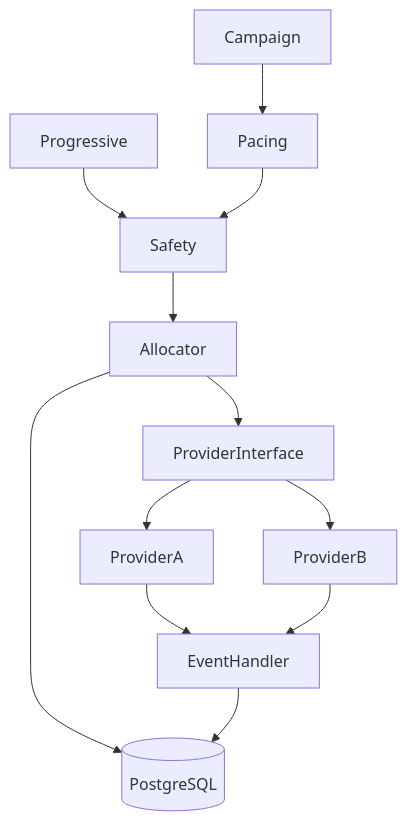
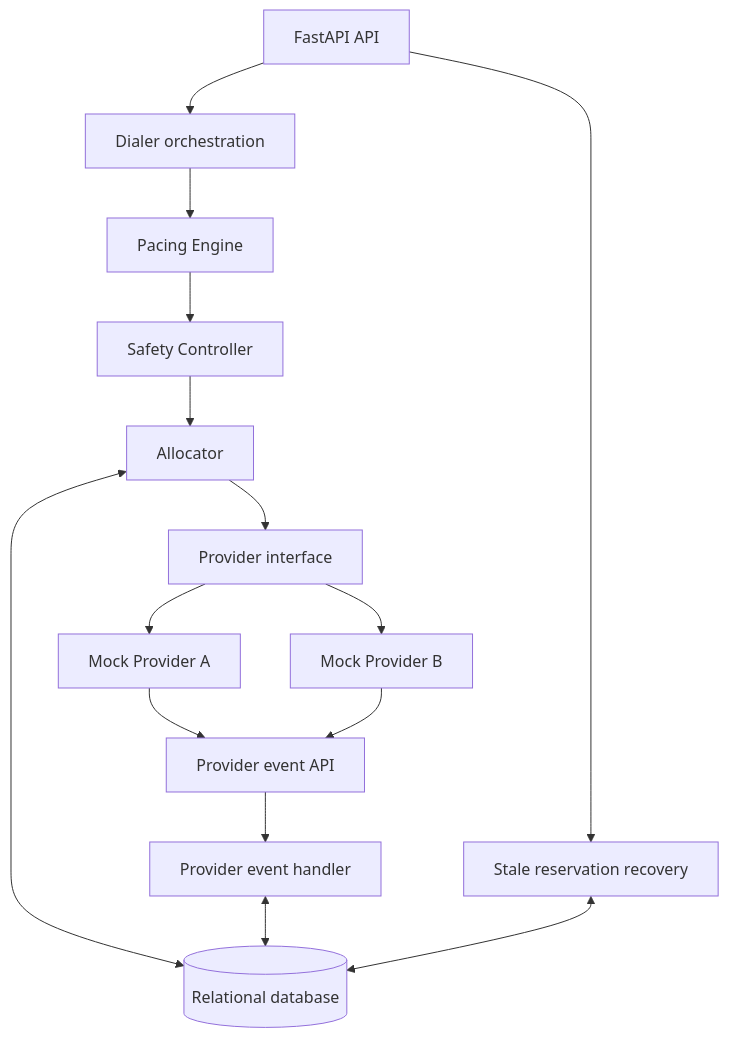
Before and after one commit to saidattaputta/credresolve-smartdialer: the diagram in docs/architecture.mmd, drawn with Mermaid.

Commit message:
Align architecture diagram with runtime flow

```diff
--- a/docs/architecture.mmd
+++ b/docs/architecture.mmd
@@ -1,12 +1,15 @@
 flowchart TD
-  Campaign --> Pacing
-  Progressive --> Safety
-  Pacing --> Safety
-  Safety --> Allocator
-  Allocator --> Database[(PostgreSQL)]
-  Allocator --> ProviderInterface
-  ProviderInterface --> ProviderA
-  ProviderInterface --> ProviderB
-  ProviderA --> EventHandler
-  ProviderB --> EventHandler
-  EventHandler --> Database
+    API[FastAPI API] --> Dialer[Dialer orchestration]
+    Dialer --> Pacing[Pacing Engine]
+    Pacing --> Safety[Safety Controller]
+    Safety --> Allocator[Allocator]
+    Allocator <--> DB[(Relational database)]
+    Allocator --> Provider[Provider interface]
+    Provider --> A[Mock Provider A]
+    Provider --> B[Mock Provider B]
+    A --> EventAPI[Provider event API]
+    B --> EventAPI
+    EventAPI --> Handler[Provider event handler]
+    Handler <--> DB
+    API --> Recovery[Stale reservation recovery]
+    Recovery <--> DB
```
